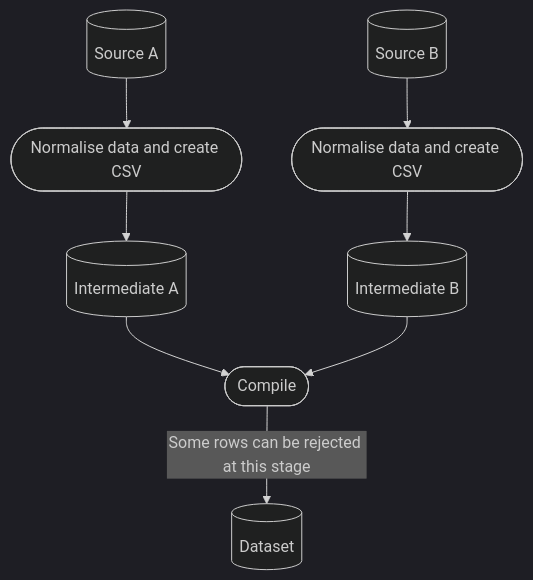
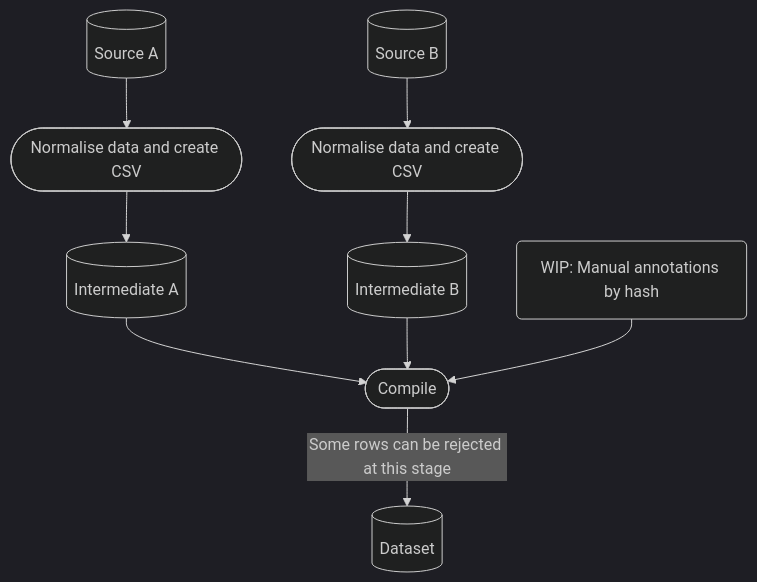
Before and after one commit to DiogoNeves/DataImporters: the diagram in README.md, drawn with Mermaid (dark theme).

Commit message:
Added annotation pipeline

````diff
--- a/README.md
+++ b/README.md
@@ -27,9 +27,9 @@
 ```mermaid
 flowchart TD
     sa[(Source A)] --> pa([Normalise data and create CSV]);
     pa --> ia[(Intermediate A)];
     sb[(Source B)] --> pb([Normalise data and create CSV]);
     pb --> ib[(Intermediate B)];
-    ia & ib --> c([Compile])
+    ia & ib & a(WIP: Manual annotations by hash) --> c([Compile])
     c-- Some rows can be rejected at this stage --> d[(Dataset)];
 ```
````
